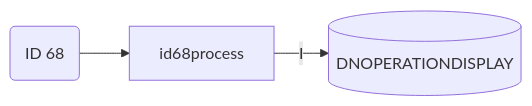
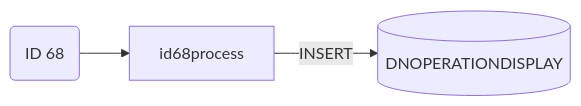
One commit to luthfiadityaa/SimeDarby-Wiki changed the eighth of 9 diagrams in Basic-Design/DFD-WMS/Retrieval/Unplanned-Retrieval-from-HP-Area.md. Above: the diagram before and after it, drawn with Mermaid.

Commit message:
Updated Unplanned Retrieval from HP Area

```diff
--- a/Basic-Design/DFD-WMS/Retrieval/Unplanned-Retrieval-from-HP-Area.md
+++ b/Basic-Design/DFD-WMS/Retrieval/Unplanned-Retrieval-from-HP-Area.md
@@ -318,14 +318,14 @@
 ::: mermaid
 flowchart LR
 
 id68("
 ID 68
 ")
 
 id68-insert[("
 DNOPERATIONDISPLAY
 ")]
 
 id68-->id68process
-id68process--I-->id68-insert
+id68process--> |INSERT| id68-insert
 :::
```
